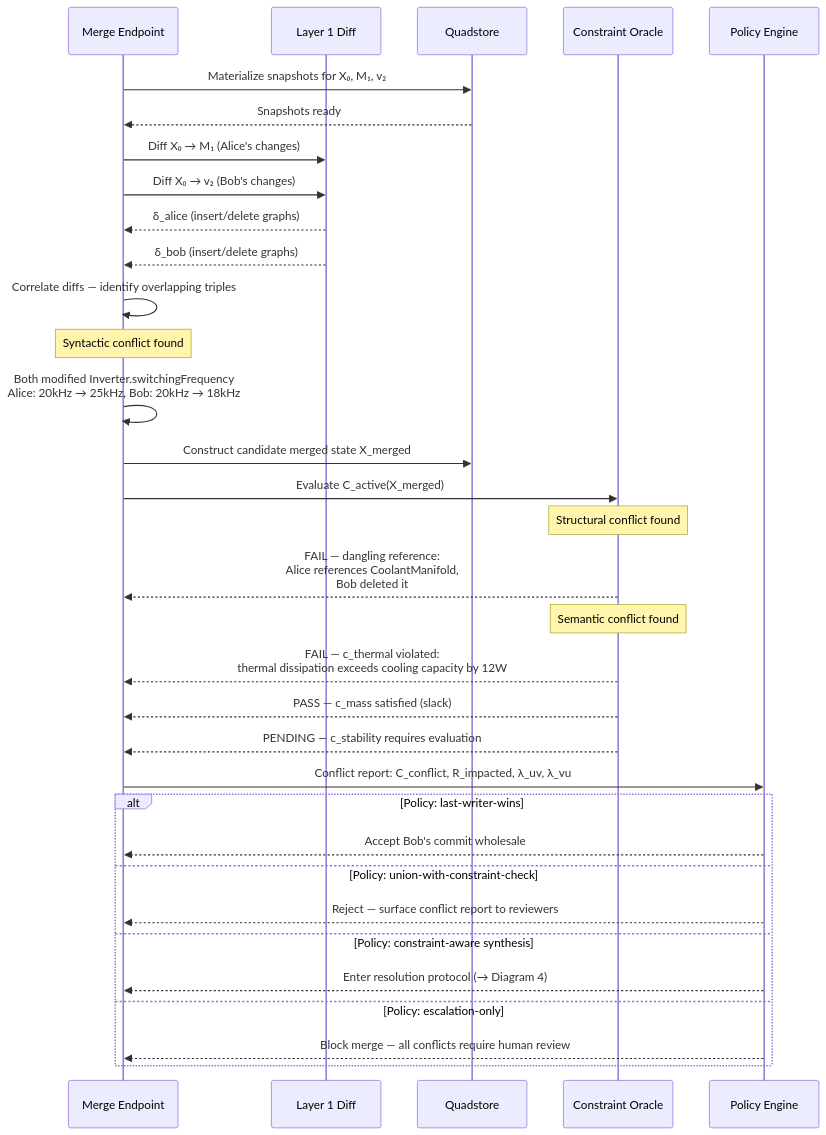
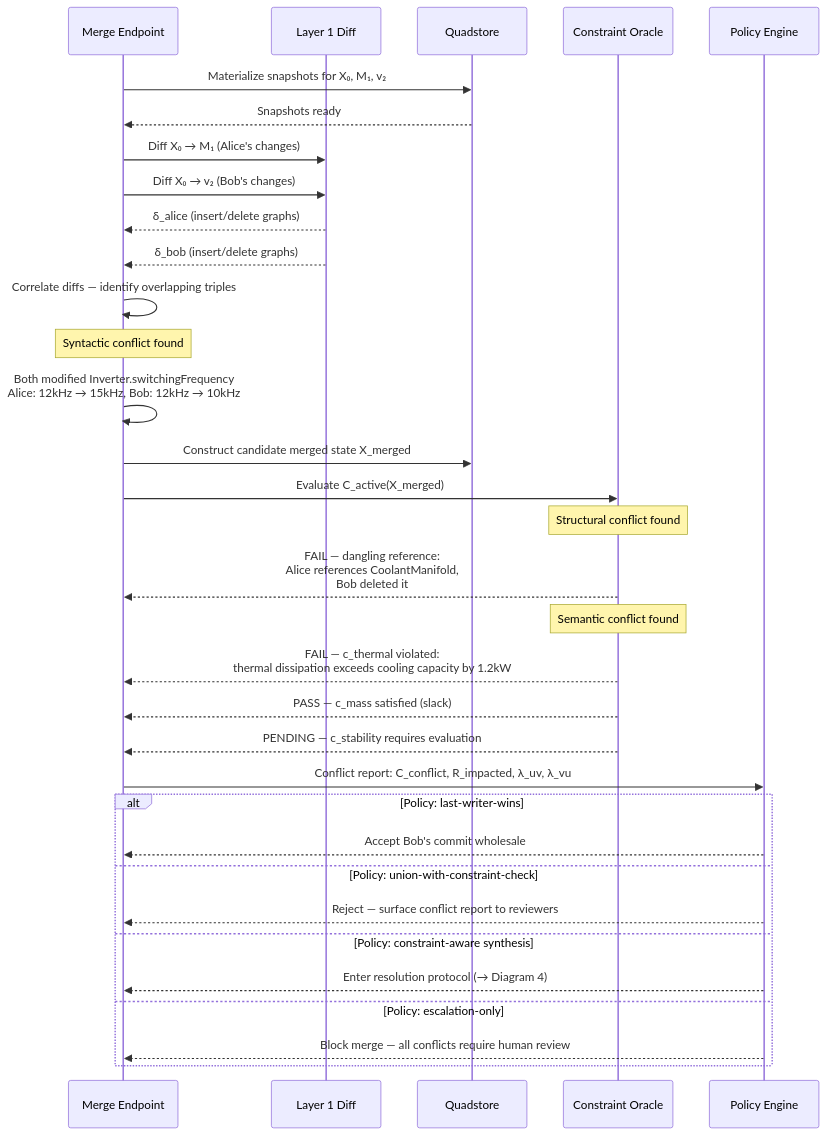
Before and after one commit to mzargham/flexo-conflict-resolution-policy-research: the second of 6 diagrams in A Policy-based Approach to Model Lifecycle Management with Flexo.md, drawn with Mermaid. The commit also changed other lines of this file, not shown here.

````diff
--- a/A Policy-based Approach to Model Lifecycle Management with Flexo.md
+++ b/A Policy-based Approach to Model Lifecycle Management with Flexo.md
@@ -88,45 +88,45 @@
 ```mermaid
 sequenceDiagram
     participant ME as Merge Endpoint
     participant Diff as Layer 1 Diff
     participant Q as Quadstore
     participant Oracle as Constraint Oracle
     participant PE as Policy Engine
 
     ME->>Q: Materialize snapshots for X₀, M₁, v₂
     Q-->>ME: Snapshots ready
 
     ME->>Diff: Diff X₀ → M₁ (Alice's changes)
     ME->>Diff: Diff X₀ → v₂ (Bob's changes)
     Diff-->>ME: δ_alice (insert/delete graphs)
     Diff-->>ME: δ_bob (insert/delete graphs)
 
     ME->>ME: Correlate diffs — identify overlapping triples
 
     Note over ME: Syntactic conflict found
-    ME->>ME: Both modified Inverter.switchingFrequency<br/>Alice: 20kHz → 25kHz, Bob: 20kHz → 18kHz
+    ME->>ME: Both modified Inverter.switchingFrequency<br/>Alice: 12kHz → 15kHz, Bob: 12kHz → 10kHz
 
     ME->>Q: Construct candidate merged state X_merged
     ME->>Oracle: Evaluate C_active(X_merged)
 
     Note over Oracle: Structural conflict found
     Oracle-->>ME: FAIL — dangling reference:<br/>Alice references CoolantManifold,<br/>Bob deleted it
 
     Note over Oracle: Semantic conflict found
-    Oracle-->>ME: FAIL — c_thermal violated:<br/>thermal dissipation exceeds cooling capacity by 12W
+    Oracle-->>ME: FAIL — c_thermal violated:<br/>thermal dissipation exceeds cooling capacity by 1.2kW
 
     Oracle-->>ME: PASS — c_mass satisfied (slack)
     Oracle-->>ME: PENDING — c_stability requires evaluation
 
     ME->>PE: Conflict report: C_conflict, R_impacted, λ_uv, λ_vu
 
     alt Policy: last-writer-wins
         PE-->>ME: Accept Bob's commit wholesale
     else Policy: union-with-constraint-check
         PE-->>ME: Reject — surface conflict report to reviewers
     else Policy: constraint-aware synthesis
         PE-->>ME: Enter resolution protocol (→ Diagram 4)
     else Policy: escalation-only
         PE-->>ME: Block merge — all conflicts require human review
     end
 ```
````
